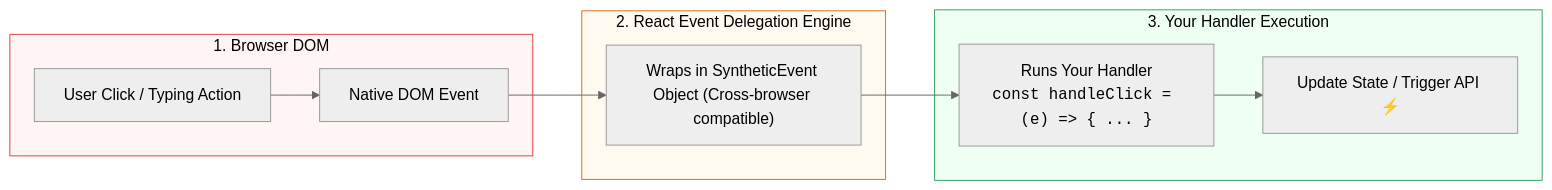
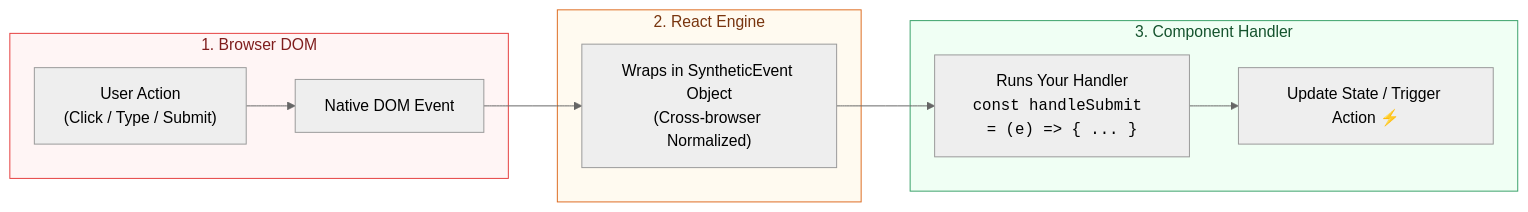
Before and after one commit to Ari-ICU/full-stack-short-coures: the diagram in src/courses/react/module-3-state-events/02-synthetic-events.mdx, drawn with Mermaid (neutral theme). The commit also changed other lines of this file and 5 other files, not shown here.

````diff
--- a/src/courses/react/module-3-state-events/02-synthetic-events.mdx
+++ b/src/courses/react/module-3-state-events/02-synthetic-events.mdx
@@ -29,19 +41,19 @@
 ```mermaid
 flowchart LR
     subgraph Browser["1. Browser DOM"]
-        A["User Click / Typing Action"] --> B["Native DOM Event"]
+        A["User Action<br/>(Click / Type / Submit)"] --> B["Native DOM Event"]
     end
 
-    subgraph ReactCore["2. React Event Delegation Engine"]
-        B --> C["Wraps in SyntheticEvent Object (Cross-browser compatible)"]
+    subgraph ReactCore["2. React Engine"]
+        B --> C["Wraps in SyntheticEvent Object<br/>(Cross-browser Normalized)"]
     end
 
-    subgraph AppCode["3. Your Handler Execution"]
-        C --> D["Runs Your Handler<br><code>const handleClick = (e) => { ... }</code>"]
-        D --> E["Update State / Trigger API ⚡"]
+    subgraph AppCode["3. Component Handler"]
+        C --> D["Runs Your Handler<br/><code>const handleSubmit = (e) => { ... }</code>"]
+        D --> E["Update State / Trigger Action ⚡"]
     end
 
-    style Browser fill:#fff5f5,stroke:#e53e3e,color:#000
-    style ReactCore fill:#fffaf0,stroke:#dd6b20,color:#000
-    style AppCode fill:#f0fff4,stroke:#38a169,color:#000
+    style Browser fill:#fff5f5,stroke:#e53e3e,color:#7f1d1d
+    style ReactCore fill:#fffaf0,stroke:#dd6b20,color:#78350f
+    style AppCode fill:#f0fff4,stroke:#38a169,color:#14532d
 ```
````
